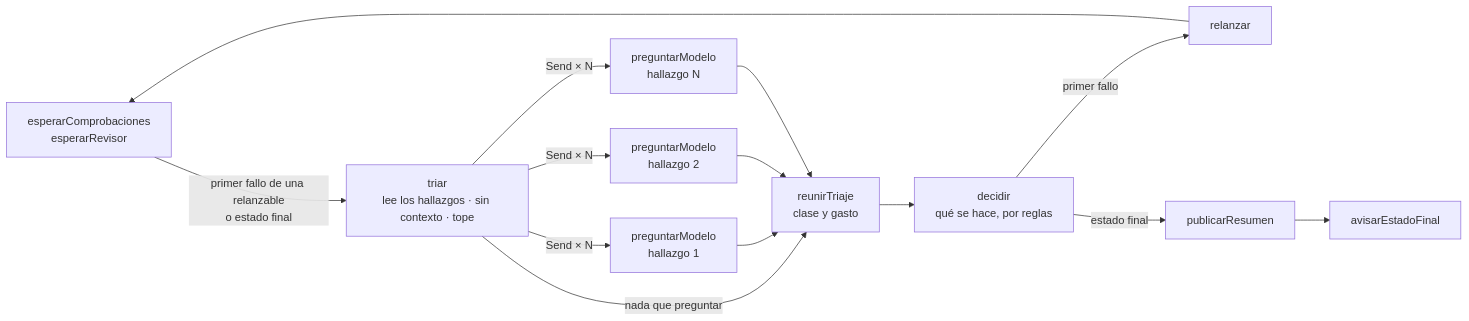
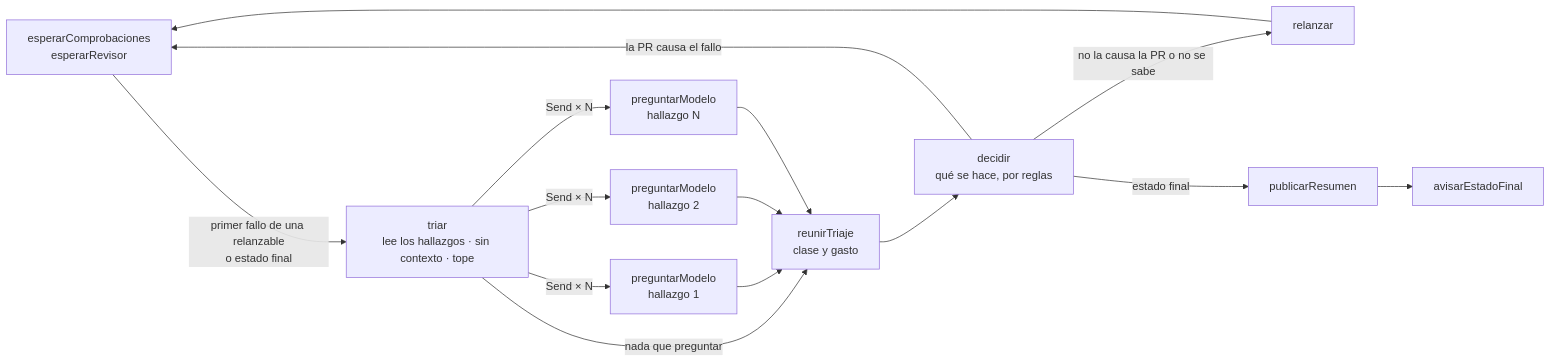
Before and after one commit to 7daysofrain/mood-table-v2: the second of 4 diagrams in readme.md, drawn with Mermaid. The commit also changed other lines of this file and 3 other files, not shown here.

First line of the commit message:
docs: contar en el README y en prompts.md que decidir no relanza lo que causa la PR

````diff
--- a/readme.md
+++ b/readme.md
@@ -454,14 +454,15 @@
 ```mermaid
 flowchart LR
   espera["esperarComprobaciones<br/>esperarRevisor"] -- "primer fallo de una relanzable<br/>o estado final" --> triar["triar<br/>lee los hallazgos · sin contexto · tope"]
   triar -- "Send × N" --> p1["preguntarModelo<br/>hallazgo 1"]
   triar -- "Send × N" --> p2["preguntarModelo<br/>hallazgo 2"]
   triar -- "Send × N" --> p3["preguntarModelo<br/>hallazgo N"]
   triar -- "nada que preguntar" --> reunir
   p1 --> reunir["reunirTriaje<br/>clase y gasto"]
   p2 --> reunir
   p3 --> reunir
   reunir --> decidir["decidir<br/>qué se hace, por reglas"]
-  decidir -- "primer fallo" --> relanzar["relanzar"] --> espera
+  decidir -- "no la causa la PR o no se sabe" --> relanzar["relanzar"] --> espera
+  decidir -- "la PR causa el fallo" --> espera
   decidir -- "estado final" --> resumen["publicarResumen"] --> aviso["avisarEstadoFinal"]
 ```
````
